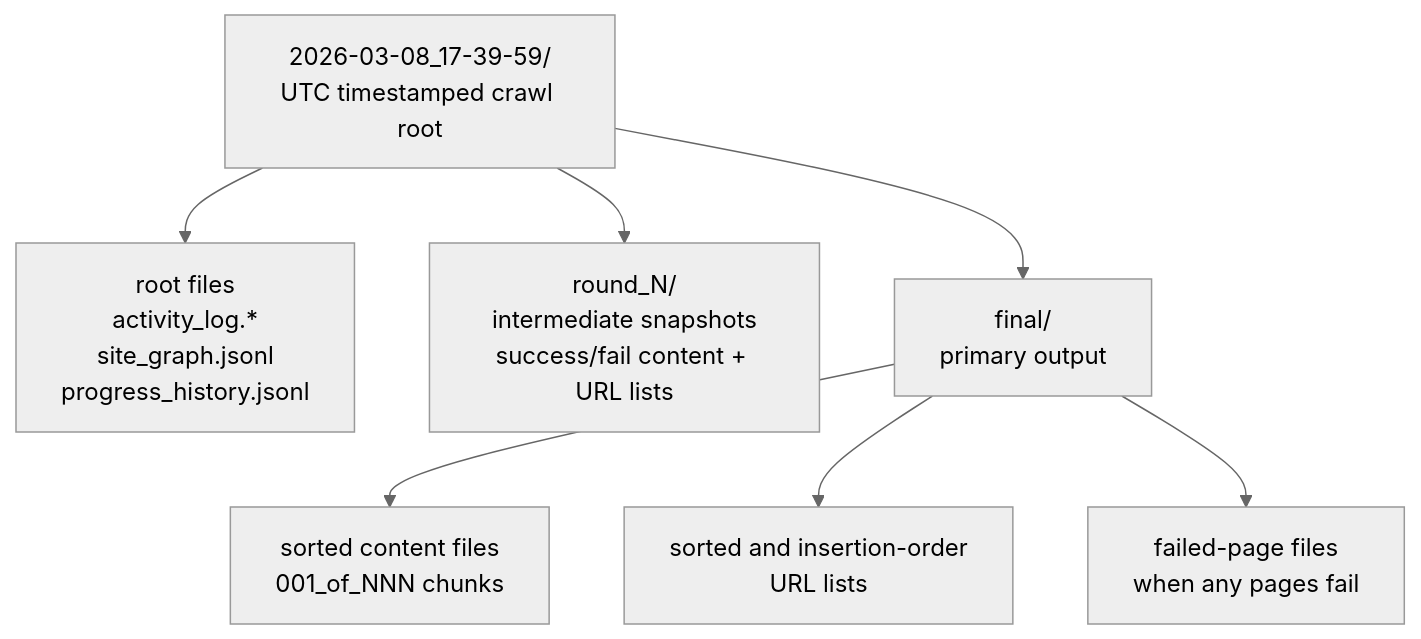
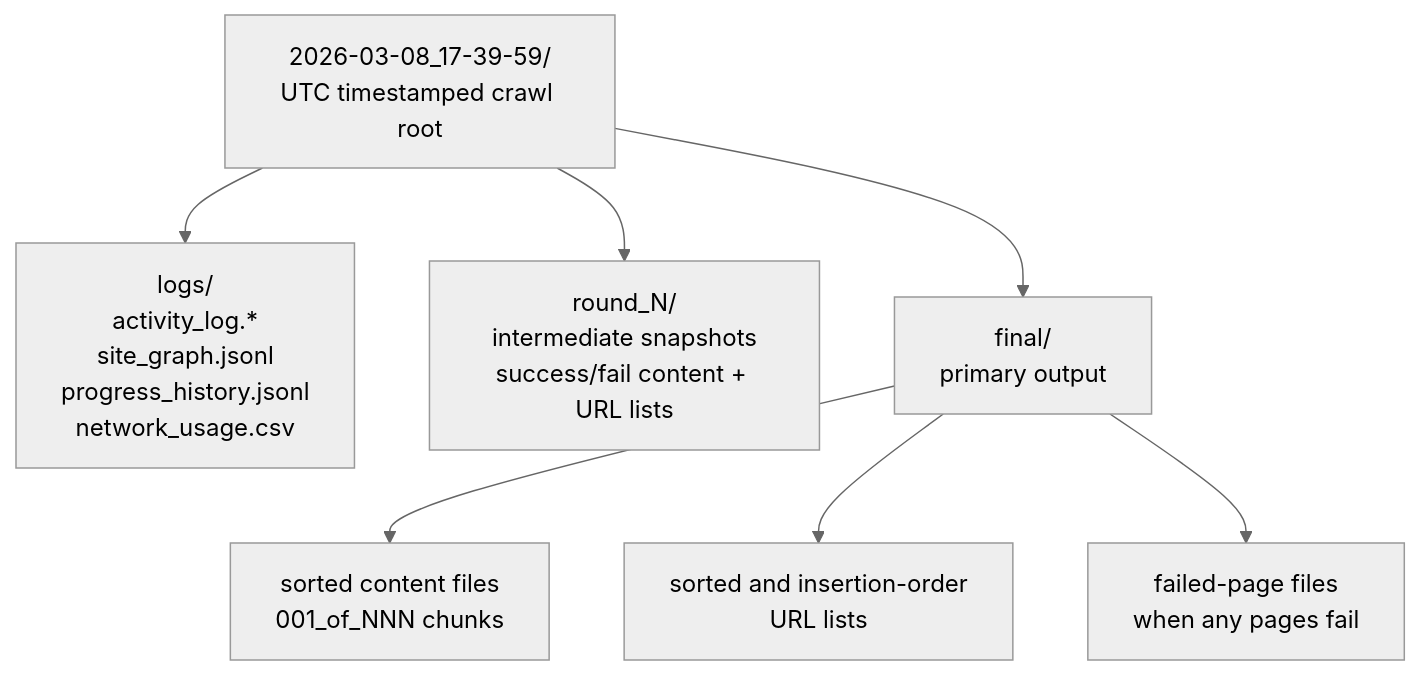
One commit to prakosd/rag-playground changed the second of 2 diagrams in docs/CONFIGURATION.md. Above: the diagram before and after it, drawn with Mermaid (neutral theme). The commit also changed other lines of this file and 43 other files, not shown here.

First line of the commit message:
Refactor crawler configuration and enhance network usage logging

````diff
--- a/docs/CONFIGURATION.md
+++ b/docs/CONFIGURATION.md
@@ -176,10 +180,10 @@
 ```mermaid
 flowchart TD
   Root["2026-03-08_17-39-59/<br/>UTC timestamped crawl root"]
-  Root --> RootFiles["root files<br/>activity_log.*<br/>site_graph.jsonl<br/>progress_history.jsonl"]
+  Root --> Logs["logs/<br/>activity_log.*<br/>site_graph.jsonl<br/>progress_history.jsonl<br/>network_usage.csv"]
   Root --> Rounds["round_N/<br/>intermediate snapshots<br/>success/fail content + URL lists"]
   Root --> Final["final/<br/>primary output"]
   Final --> SortedContent["sorted content files<br/>001_of_NNN chunks"]
   Final --> UrlLists["sorted and insertion-order<br/>URL lists"]
   Final --> Failures["failed-page files<br/>when any pages fail"]
 ```
````
